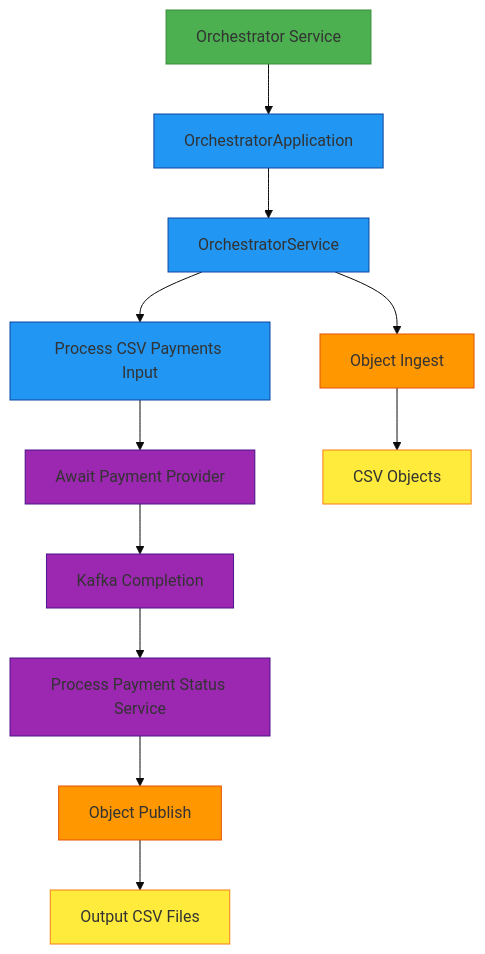
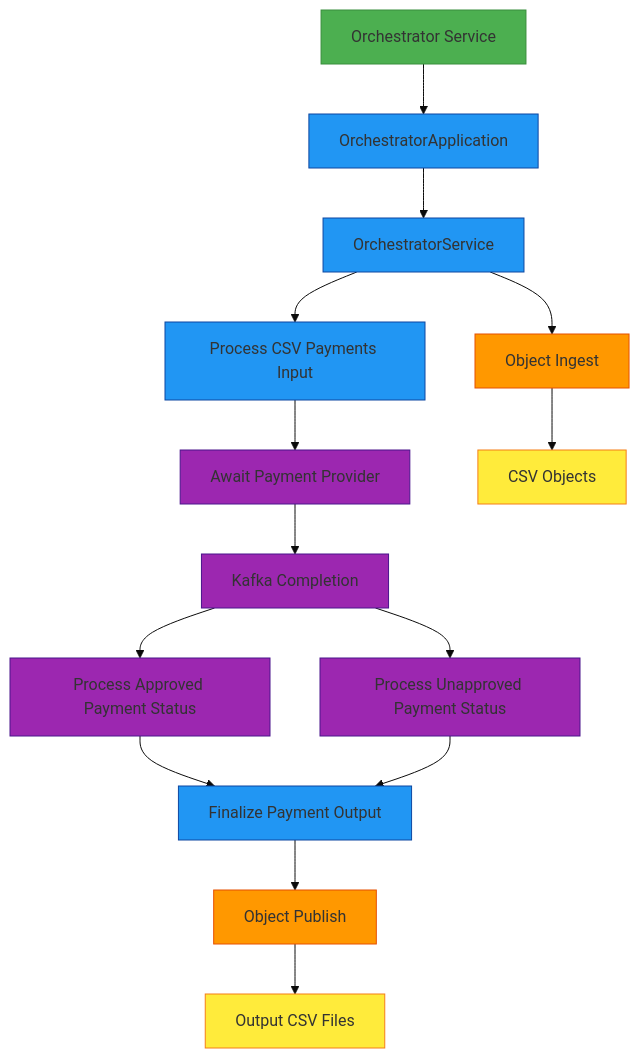
The first of 2 diagrams in examples/csv-payments/orchestrator-svc/README.md (The-Pipeline-Framework/pipelineframework), drawn with Mermaid (base theme) before and after one commit. The commit also changed other lines of this file and 63 other files, not shown here.

````diff
--- a/examples/csv-payments/orchestrator-svc/README.md
+++ b/examples/csv-payments/orchestrator-svc/README.md
@@ -9,25 +9,30 @@
 ```mermaid
 graph TD
     A[Orchestrator Service] --> B[OrchestratorApplication]
     B --> C[OrchestratorService]
     C --> D[Object Ingest]
     C --> E[Process CSV Payments Input]
     E --> F[Await Payment Provider]
     F --> G[Kafka Completion]
-    G --> H[Process Payment Status Service]
-    H --> I[Object Publish]
-    D --> J[CSV Objects]
-    I --> K[Output CSV Files]
+    G --> H[Process Approved Payment Status]
+    G --> I[Process Unapproved Payment Status]
+    H --> J[Finalize Payment Output]
+    I --> J
+    J --> K[Object Publish]
+    D --> L[CSV Objects]
+    K --> M[Output CSV Files]
     
     style A fill:#4CAF50,stroke:#388E3C
     style B fill:#2196F3,stroke:#0D47A1
     style C fill:#2196F3,stroke:#0D47A1
     style D fill:#FF9800,stroke:#E65100
     style E fill:#2196F3,stroke:#0D47A1
     style F fill:#9C27B0,stroke:#4A148C
     style G fill:#9C27B0,stroke:#4A148C
     style H fill:#9C27B0,stroke:#4A148C
-    style I fill:#FF9800,stroke:#E65100
-    style J fill:#FFEB3B,stroke:#F57F17
-    style K fill:#FFEB3B,stroke:#F57F17
+    style I fill:#9C27B0,stroke:#4A148C
+    style J fill:#2196F3,stroke:#0D47A1
+    style K fill:#FF9800,stroke:#E65100
+    style L fill:#FFEB3B,stroke:#F57F17
+    style M fill:#FFEB3B,stroke:#F57F17
 ```
````
